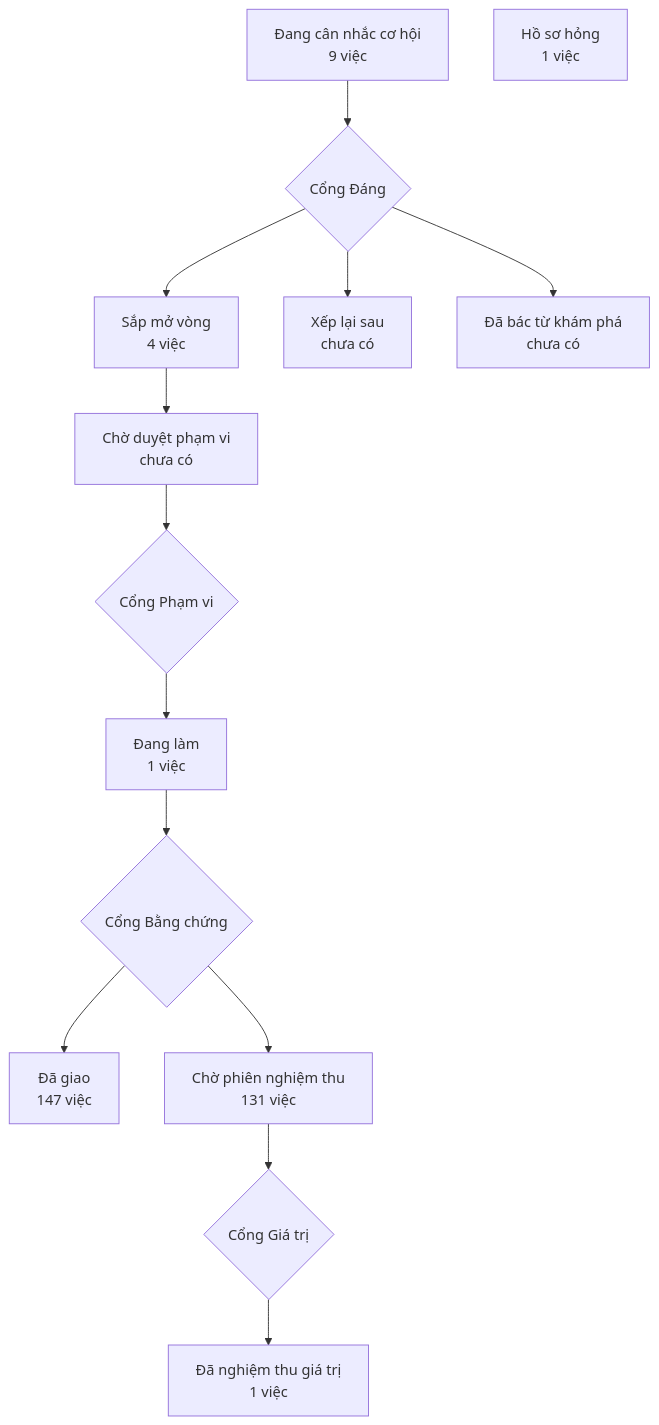
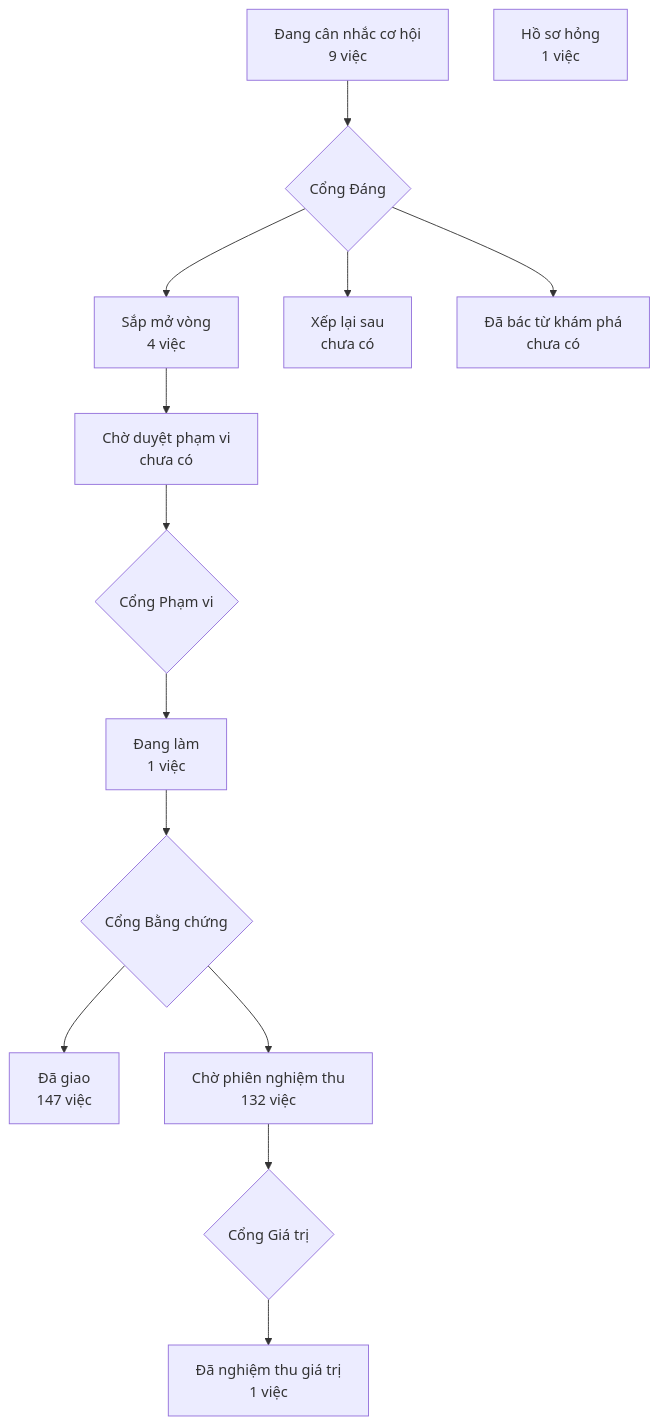
One commit to phanlemanh/crm-onehub changed the diagram in PRODUCT-MAP.md. Above: the diagram before and after it, drawn with Mermaid. The commit also changed other lines of this file and 4 other files, not shown here.

````diff
--- a/PRODUCT-MAP.md
+++ b/PRODUCT-MAP.md
@@ -7,13 +7,13 @@
 ```mermaid
 flowchart TD
   A["Đang cân nhắc cơ hội<br/>9 việc"] --> GD{"Cổng Đáng"}
   GD --> B["Sắp mở vòng<br/>4 việc"]
   GD --> XL["Xếp lại sau<br/>chưa có"]
   GD --> DB["Đã bác từ khám phá<br/>chưa có"]
   B --> CD["Chờ duyệt phạm vi<br/>chưa có"] --> GP{"Cổng Phạm vi"}
   GP --> DL["Đang làm<br/>1 việc"] --> GB{"Cổng Bằng chứng"}
   GB --> DG["Đã giao<br/>147 việc"]
-  GB --> CN["Chờ phiên nghiệm thu<br/>131 việc"] --> GG{"Cổng Giá trị"}
+  GB --> CN["Chờ phiên nghiệm thu<br/>132 việc"] --> GG{"Cổng Giá trị"}
   GG --> NT["Đã nghiệm thu giá trị<br/>1 việc"]
   HS["Hồ sơ hỏng<br/>1 việc"]
 ```
````
